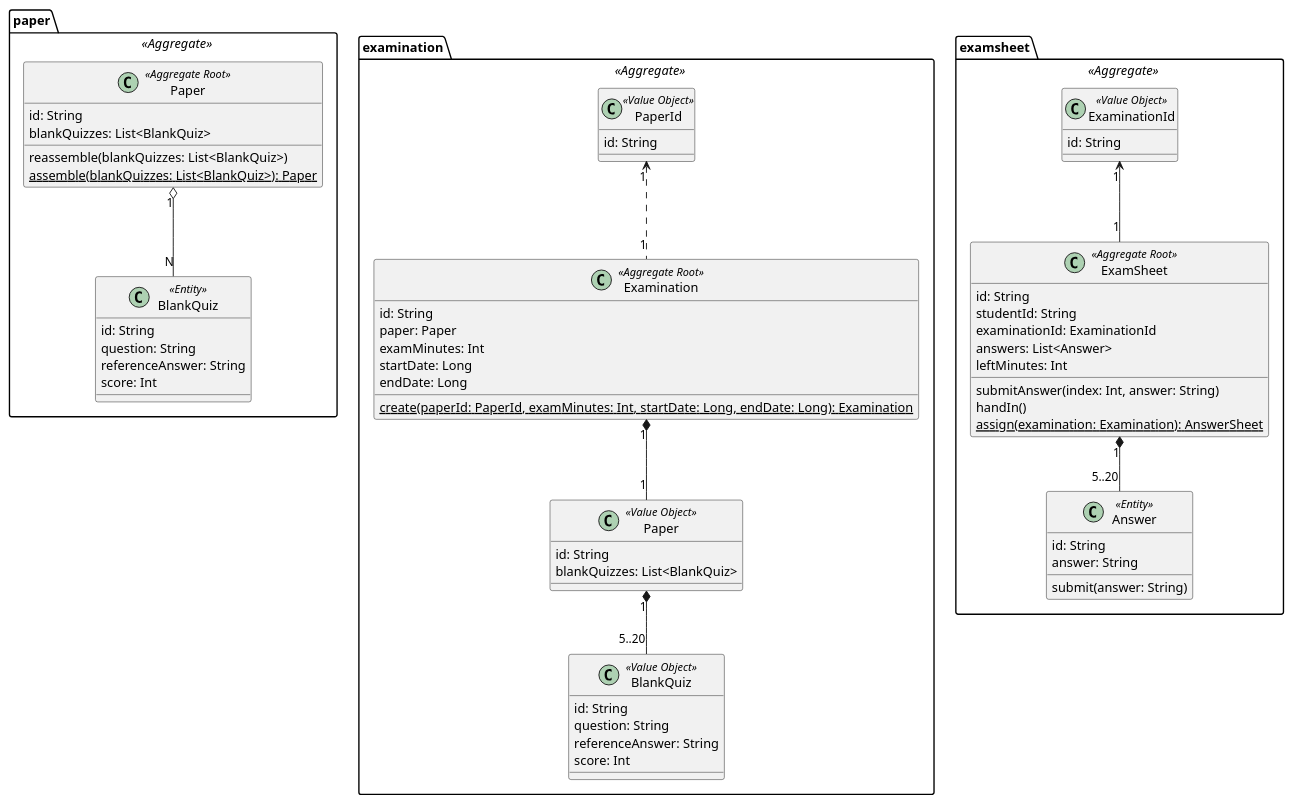
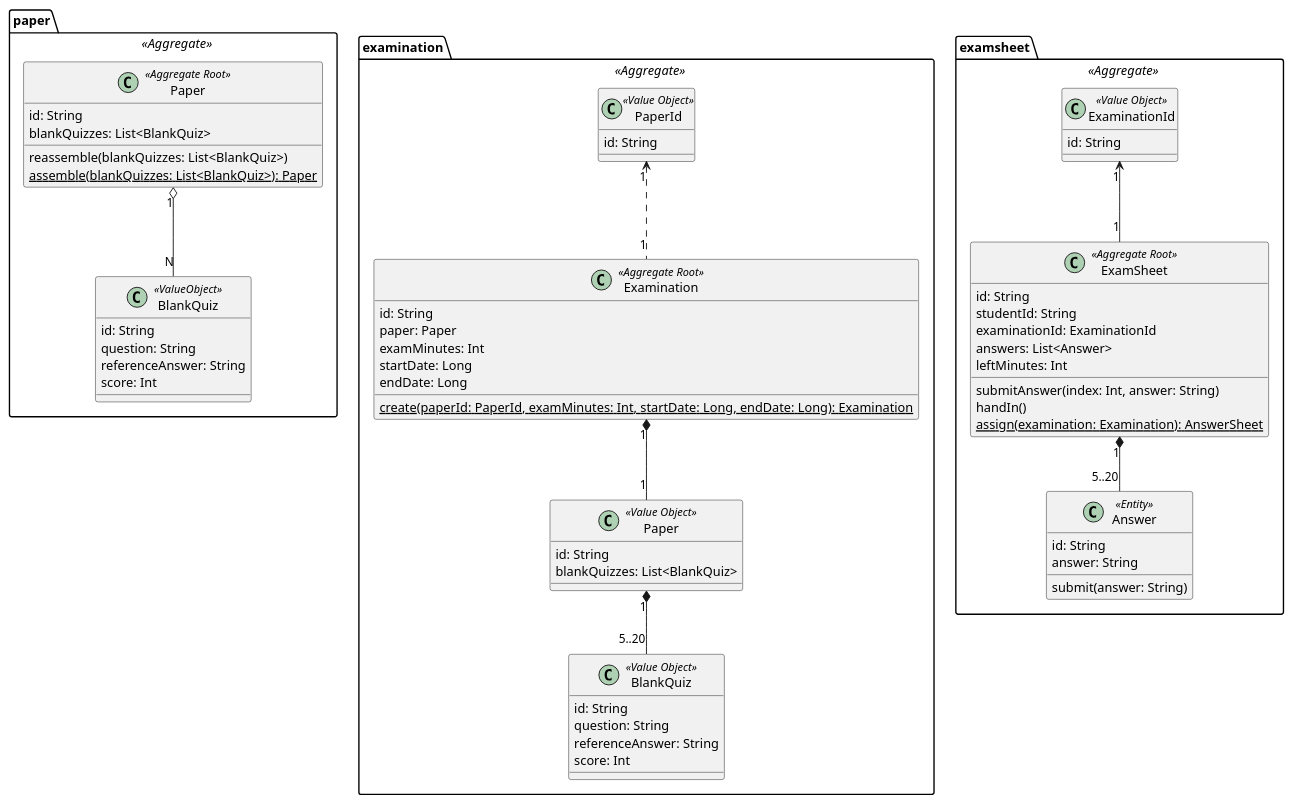
The diagram in design/exam.puml (jie-meng/Exam), drawn with PlantUML before and after one commit. The commit also changed 29 other files, not shown here.

```diff
--- a/design/exam.puml
+++ b/design/exam.puml
@@ -1,81 +1,81 @@
 @startuml
 
 package paper <<Aggregate>> {
 
     class Paper <<Aggregate Root>> {
         id: String
         blankQuizzes: List<BlankQuiz>
         reassemble(blankQuizzes: List<BlankQuiz>)
         {static} assemble(blankQuizzes: List<BlankQuiz>): Paper
     }
 
-    class BlankQuiz <<Entity>> {
+    class BlankQuiz <<ValueObject>> {
         id: String
         question: String
         referenceAnswer: String
         score: Int
     }
 
     Paper "1" o-- "N" BlankQuiz
 }
 
 package examination <<Aggregate>> {
 
     class Examination <<Aggregate Root>> {
         id: String
         paper: Paper
         examMinutes: Int
         startDate: Long
         endDate: Long
         {static} create(paperId: PaperId, examMinutes: Int, startDate: Long, endDate: Long): Examination
     }
 
     class "Paper" as P <<Value Object>> {
         id: String
         blankQuizzes: List<BlankQuiz>
     }
 
     class "BlankQuiz" as Q <<Value Object>> {
         id: String
         question: String
         referenceAnswer: String
         score: Int
     }
 
     class PaperId <<Value Object>> {
         id: String
     }
 
     Examination "1" *-- "1" P
     P "1" *-- "5..20" Q
     PaperId "1" <.. "1" Examination
 }
 
 package examsheet <<Aggregate>> {
 
     class ExamSheet <<Aggregate Root>> {
         id: String
         studentId: String
         examinationId: ExaminationId
         answers: List<Answer>
         leftMinutes: Int
         submitAnswer(index: Int, answer: String)
         handIn()
         {static} assign(examination: Examination): AnswerSheet
     }
 
     class Answer <<Entity>> {
         id: String
         answer: String
         submit(answer: String)
     }
 
     class ExaminationId <<Value Object>> {
         id: String
     }
 
     ExaminationId "1" <-- "1" ExamSheet
     ExamSheet "1" *-- "5..20" Answer
 }
 
 @enduml
```
